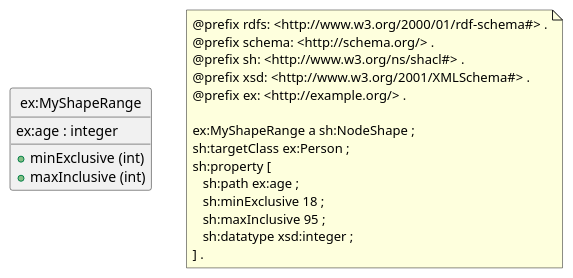
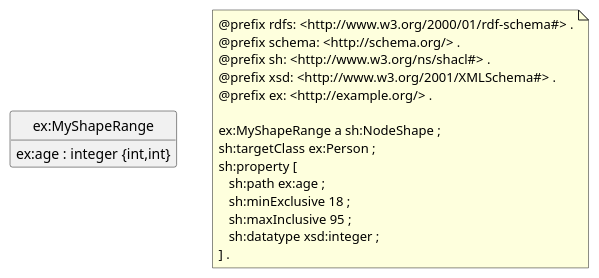
One commit to sparna-git/shacl-play changed the diagram in shacl-diagram/src/specs/11-minExclusice_maxInclusive/expected.iuml. Above: the diagram before and after it, drawn with PlantUML. The commit also changed other lines of this file and 15 other files, not shown here.

```diff
--- a/shacl-diagram/src/specs/11-minExclusice_maxInclusive/expected.iuml
+++ b/shacl-diagram/src/specs/11-minExclusice_maxInclusive/expected.iuml
@@ -1,28 +1,24 @@
 @startuml
-class "ex:MyShapeRange" {
-   ex:age : integer
-__
-   +minExclusive (int) 
-   +maxInclusive (int)
-}
-
+class "ex:MyShapeRange" 
+"ex:MyShapeRange" : ex:age : integer {int,int}
 
 note as N1
 @prefix rdfs: <http://www.w3.org/2000/01/rdf-schema#> .
 @prefix schema: <http://schema.org/> .
 @prefix sh: <http://www.w3.org/ns/shacl#> .
 @prefix xsd: <http://www.w3.org/2001/XMLSchema#> .
 @prefix ex: <http://example.org/> .
 
 ex:MyShapeRange a sh:NodeShape ;
 sh:targetClass ex:Person ;
 sh:property [
    sh:path ex:age ;
    sh:minExclusive 18 ;
    sh:maxInclusive 95 ;
    sh:datatype xsd:integer ;
 ] .
 end note
 
 hide circle
+hide empty members
 @enduml
```
